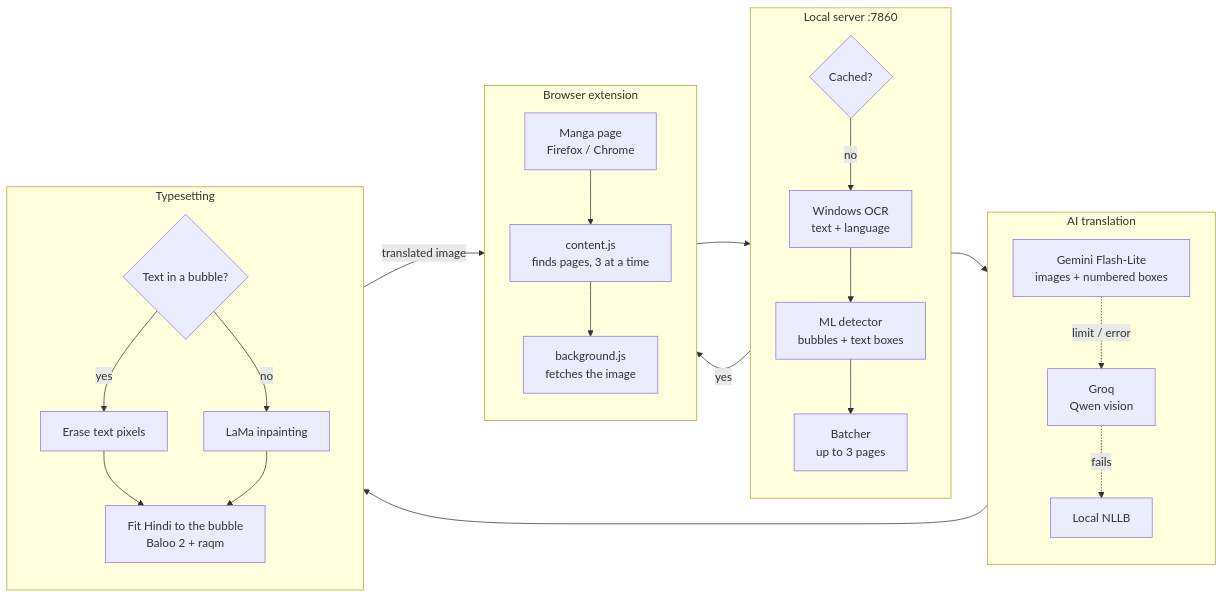
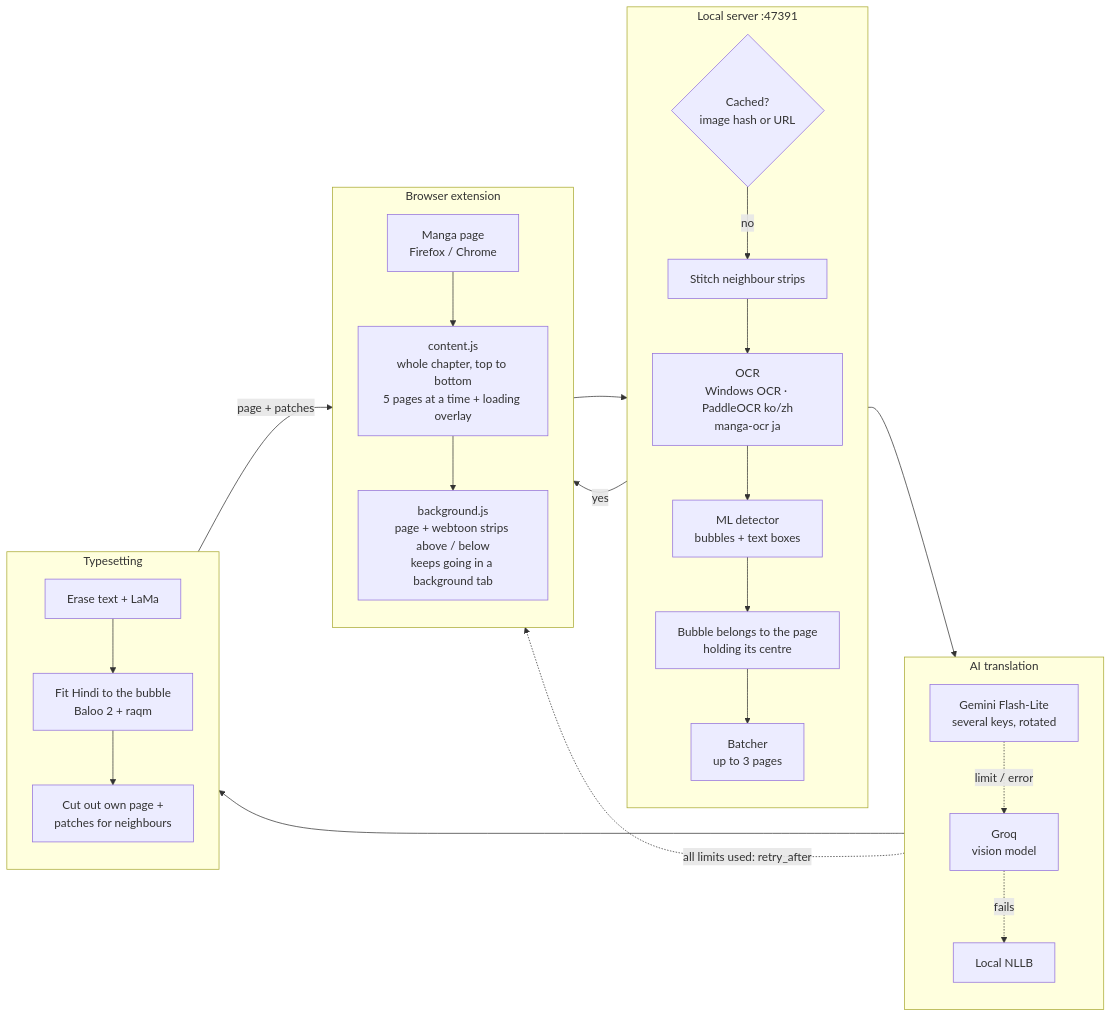
One commit to jitendra205saini/Manga-Translator changed the diagram in README.md. Above: the diagram before and after it, drawn with Mermaid. The commit also changed other lines of this file and 16 other files, not shown here.

Commit message:
v2.7.0: webtoon ke kate bubble poore (padosi tukde saath), naya port 47391, README mein webtoon before/after aur naya flowchart

````diff
--- a/README.md
+++ b/README.md
@@ -69,35 +83,36 @@
 ```mermaid
 flowchart LR
     subgraph B[Browser extension]
         direction TB
-        B1[Manga page<br/>Firefox / Chrome] --> B2[content.js<br/>finds pages, 3 at a time]
-        B2 --> B3[background.js<br/>fetches the image]
+        B1[Manga page<br/>Firefox / Chrome] --> B2[content.js<br/>whole chapter, top to bottom<br/>5 pages at a time + loading overlay]
+        B2 --> B3[background.js<br/>page + webtoon strips above / below<br/>keeps going in a background tab]
     end
 
-    subgraph S[Local server :7860]
+    subgraph S[Local server :47391]
         direction TB
-        S1{Cached?} -->|no| S2[Windows OCR<br/>text + language]
-        S2 --> S3[ML detector<br/>bubbles + text boxes]
-        S3 --> S4[Batcher<br/>up to 3 pages]
+        S1{Cached?<br/>image hash or URL} -->|no| S2[Stitch neighbour strips]
+        S2 --> S3[OCR<br/>Windows OCR · PaddleOCR ko/zh<br/>manga-ocr ja]
+        S3 --> S4[ML detector<br/>bubbles + text boxes]
+        S4 --> S5[Bubble belongs to the page<br/>holding its centre]
+        S5 --> S6[Batcher<br/>up to 3 pages]
     end
 
     subgraph A[AI translation]
         direction TB
-        A1[Gemini Flash-Lite<br/>images + numbered boxes] -.->|limit / error| A2[Groq<br/>Qwen vision]
+        A1[Gemini Flash-Lite<br/>several keys, rotated] -.->|limit / error| A2[Groq<br/>vision model]
         A2 -.->|fails| A3[Local NLLB]
     end
 
     subgraph R[Typesetting]
         direction TB
-        R1{Text in a bubble?} -->|yes| R2[Erase text pixels]
-        R1 -->|no| R3[LaMa inpainting]
-        R2 --> R4[Fit Hindi to the bubble<br/>Baloo 2 + raqm]
-        R3 --> R4
+        R1[Erase text + LaMa] --> R2[Fit Hindi to the bubble<br/>Baloo 2 + raqm]
+        R2 --> R3[Cut out own page +<br/>patches for neighbours]
     end
 
     B3 --> S1
-    S4 --> A1
+    S6 --> A1
     A1 --> R1
-    R4 -->|translated image| B1
-    S1 -->|yes| B1
+    R3 -->|page + patches| B2
+    S1 -->|yes| B2
+    A1 -.->|all limits used: retry_after| B2
 ```
````
